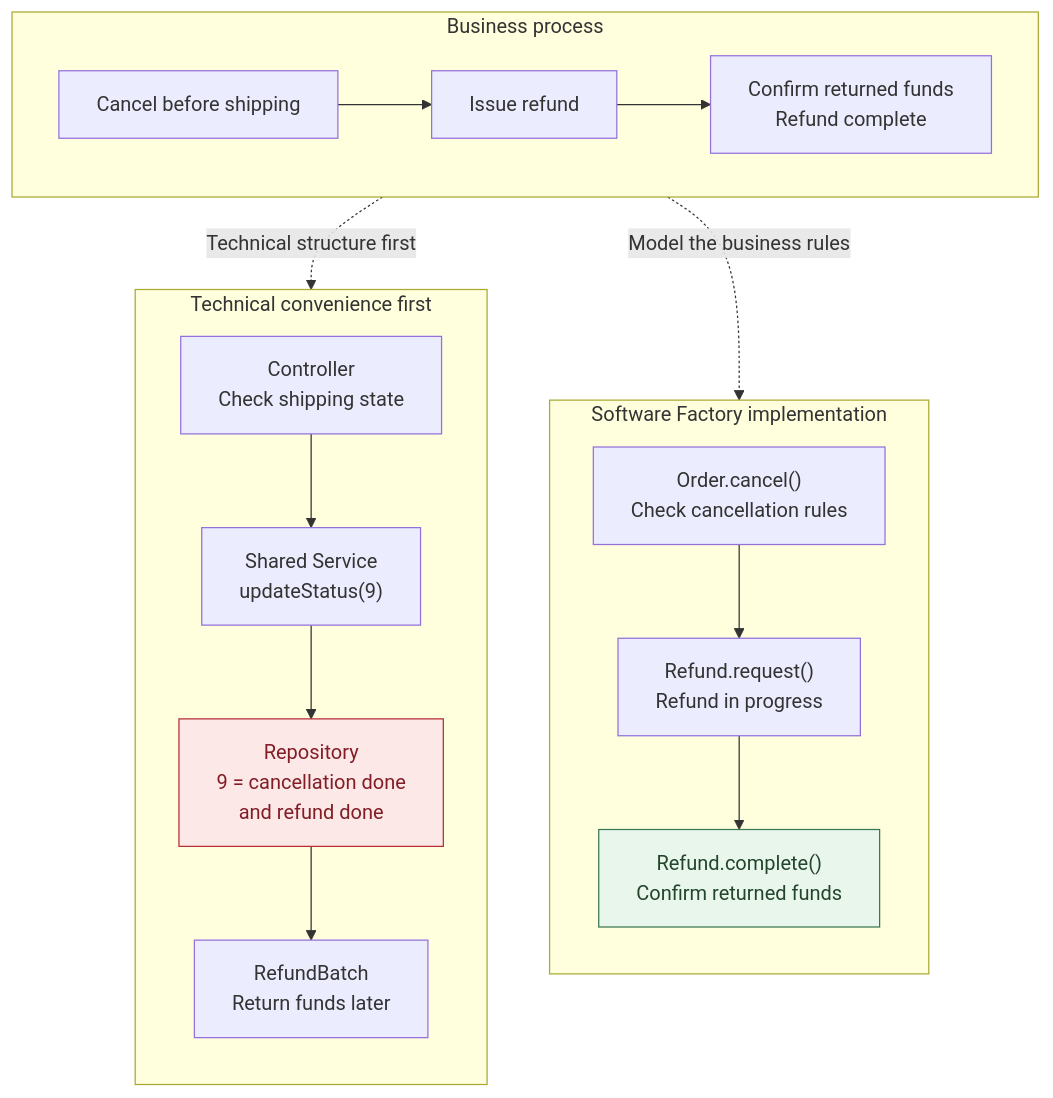
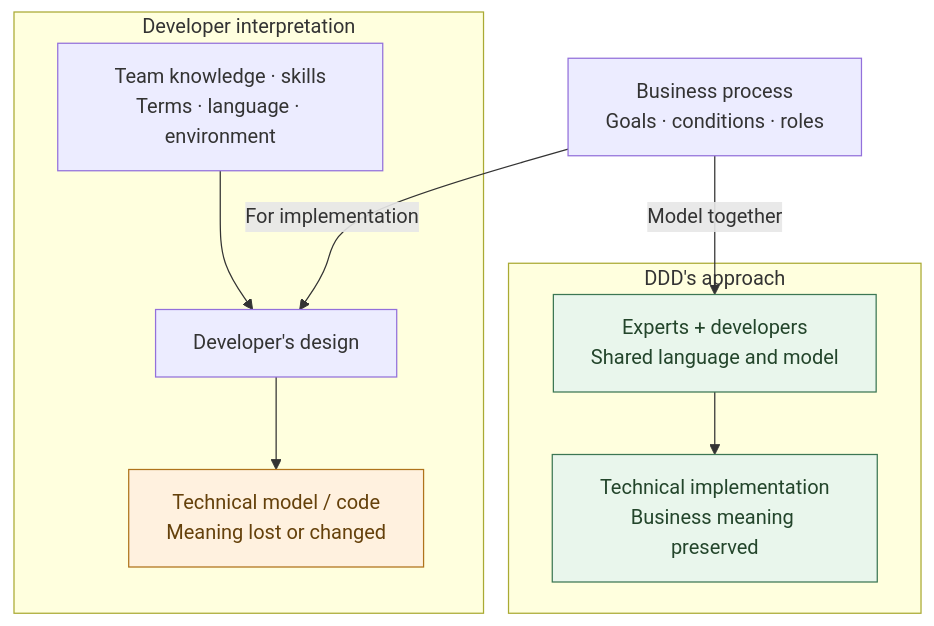
Before and after one commit to haandol/haandol.github.com: the first of 6 diagrams in _en/2026-11-05-enterprise-wide-ax-essentials.md, drawn with Mermaid. The commit also changed other lines of this file and 2 other files, not shown here.

Commit message:
docs: explain how technical interpretation separates business meaning from code

````diff
--- a/_en/2026-11-05-enterprise-wide-ax-essentials.md
+++ b/_en/2026-11-05-enterprise-wide-ax-essentials.md
@@ -49,24 +53,17 @@
 ```mermaid
 flowchart TB
-  subgraph B["Business process"]
-    direction LR
-    B1["Cancel before shipping"] --> B2["Issue refund"] --> B3["Confirm returned funds<br/>Refund complete"]
+  B["Business process<br/>Goals · conditions · roles"]
+  subgraph T["Developer interpretation"]
+    E["Team knowledge · skills<br/>Terms · language · environment"] --> D["Developer's design"]
+    D --> C["Technical model / code<br/>Meaning lost or changed"]
   end
-  subgraph T["Technical convenience first"]
-    direction TB
-    T1["Controller<br/>Check shipping state"] --> T2["Shared Service<br/>updateStatus(9)"]
-    T2 --> T3["Repository<br/>9 = cancellation done<br/>and refund done"]
-    T3 --> T4["RefundBatch<br/>Return funds later"]
+  subgraph S["DDD's approach"]
+    M["Experts + developers<br/>Shared language and model"] --> N["Technical implementation<br/>Business meaning preserved"]
   end
-  subgraph D["Software Factory implementation"]
-    direction TB
-    D1["Order.cancel()<br/>Check cancellation rules"] --> D2["Refund.request()<br/>Refund in progress"]
-    D2 --> D3["Refund.complete()<br/>Confirm returned funds"]
-  end
-  B -.->|"Technical structure first"| T
-  B -.->|"Model the business rules"| D
-  classDef mismatch fill:#fde8e8,stroke:#b52d36,color:#821d25
+  B -->|"For implementation"| D
+  B -->|"Model together"| M
+  classDef drift fill:#fff1df,stroke:#af731b,color:#65410b
   classDef aligned fill:#e9f6ec,stroke:#3c7754,color:#23452b
-  class T3 mismatch
-  class D3 aligned
+  class C drift
+  class M,N aligned
 ```
````
